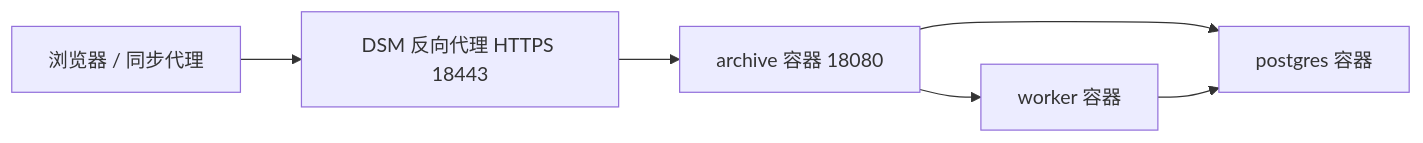
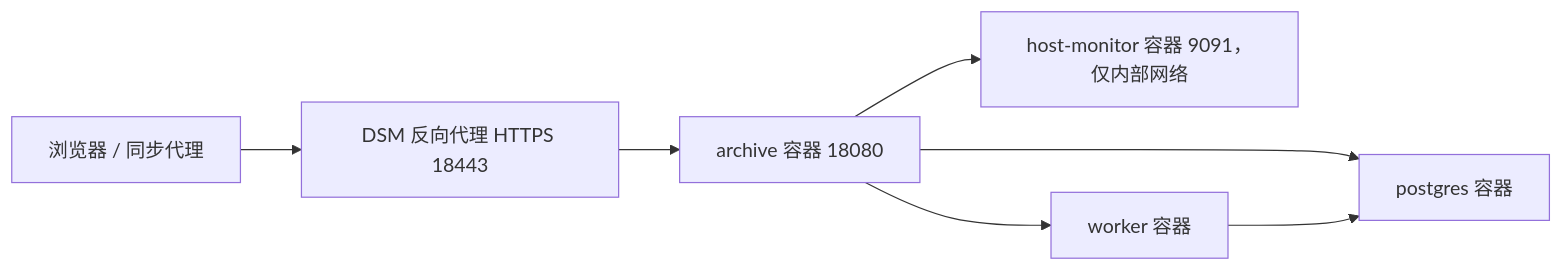
Before and after one commit to quesiter/ai-archive: the fifth of 5 diagrams in docs/SYSTEM-DESIGN.md, drawn with Mermaid. The commit also changed other lines of this file and 28 other files, not shown here.

````diff
--- a/docs/SYSTEM-DESIGN.md
+++ b/docs/SYSTEM-DESIGN.md
@@ -404,8 +414,9 @@
 ```mermaid
 flowchart LR
   Internet["浏览器 / 同步代理"] --> HTTPS["DSM 反向代理 HTTPS 18443"]
   HTTPS --> App["archive 容器 18080"]
+  App --> Monitor["host-monitor 容器 9091，仅内部网络"]
   App --> Postgres["postgres 容器"]
   App --> Worker["worker 容器"]
   Worker --> Postgres
 ```
````
